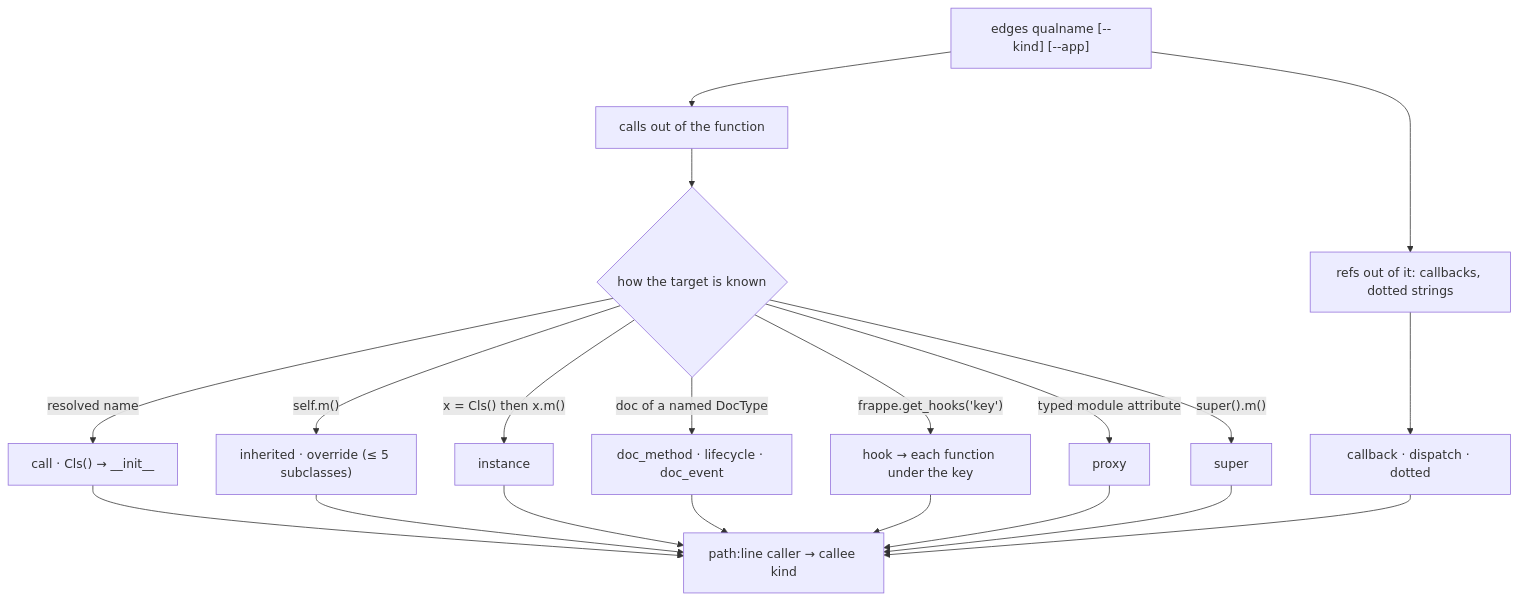
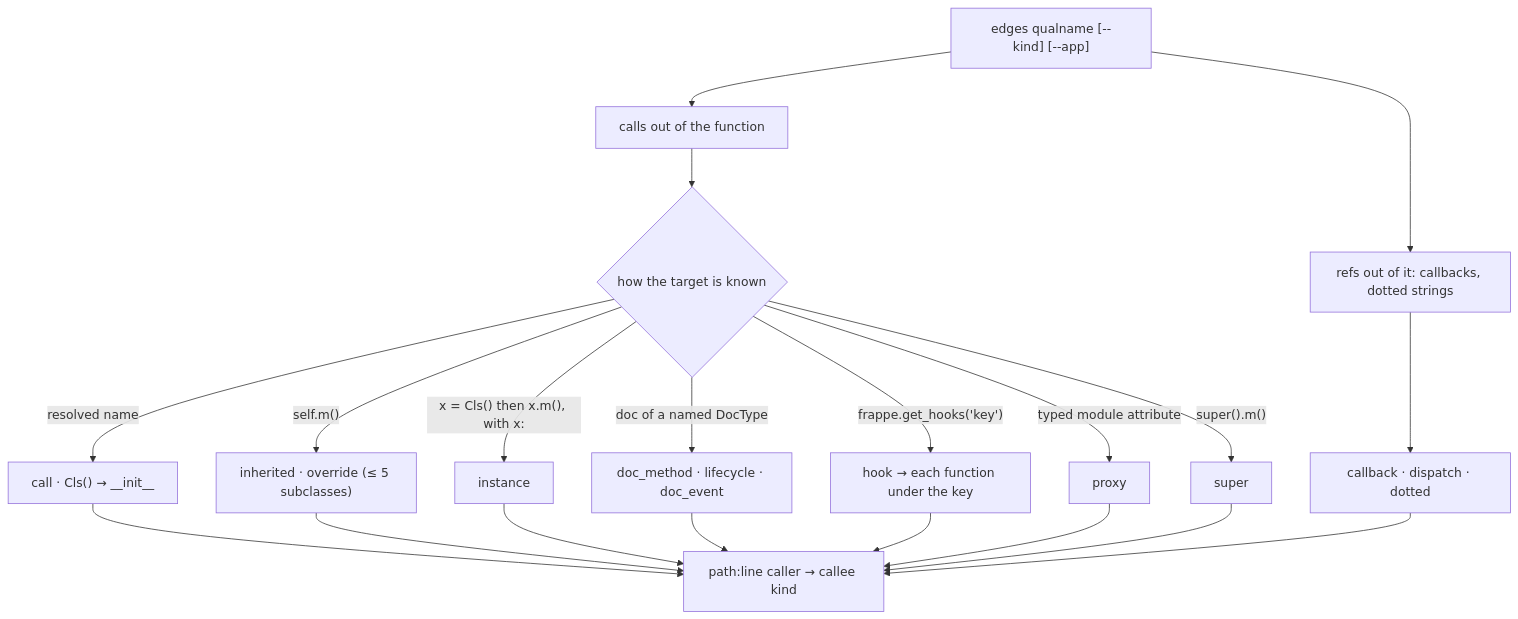
Diagram 19 of 26 in docs/how-it-works.md (diptanilsaha/frappe-ast), drawn with Mermaid before and after one commit. The commit also changed other lines of this file and 10 other files, not shown here.

````diff
--- a/docs/how-it-works.md
+++ b/docs/how-it-works.md
@@ -298,22 +298,22 @@
 ```mermaid
 flowchart TD
   a["edges qualname [--kind] [--app]"] --> c["calls out of the function"]
   a --> r["refs out of it: callbacks, dotted strings"]
   c --> t{"how the target is known"}
   t -->|"resolved name"| cl1["call · Cls() → __init__"]
   t -->|"self.m()"| inh["inherited · override (≤ 5 subclasses)"]
-  t -->|"x = Cls() then x.m()"| ins["instance"]
+  t -->|"x = Cls() then x.m(), with x:"| ins["instance"]
   t -->|"doc of a named DocType"| doc["doc_method · lifecycle · doc_event"]
   t -->|"frappe.get_hooks('key')"| hook["hook → each function under the key"]
   t -->|"typed module attribute"| prx["proxy"]
   t -->|"super().m()"| sup["super"]
   r --> ref["callback · dispatch · dotted"]
   cl1 --> out["path:line caller → callee kind"]
   inh --> out
   ins --> out
   doc --> out
   hook --> out
   prx --> out
   sup --> out
   ref --> out
 ```
````
